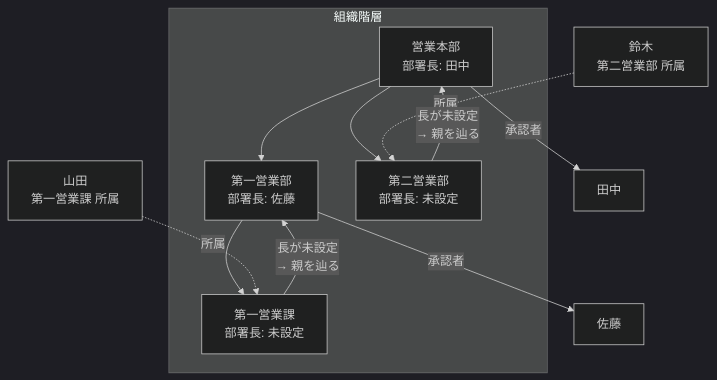
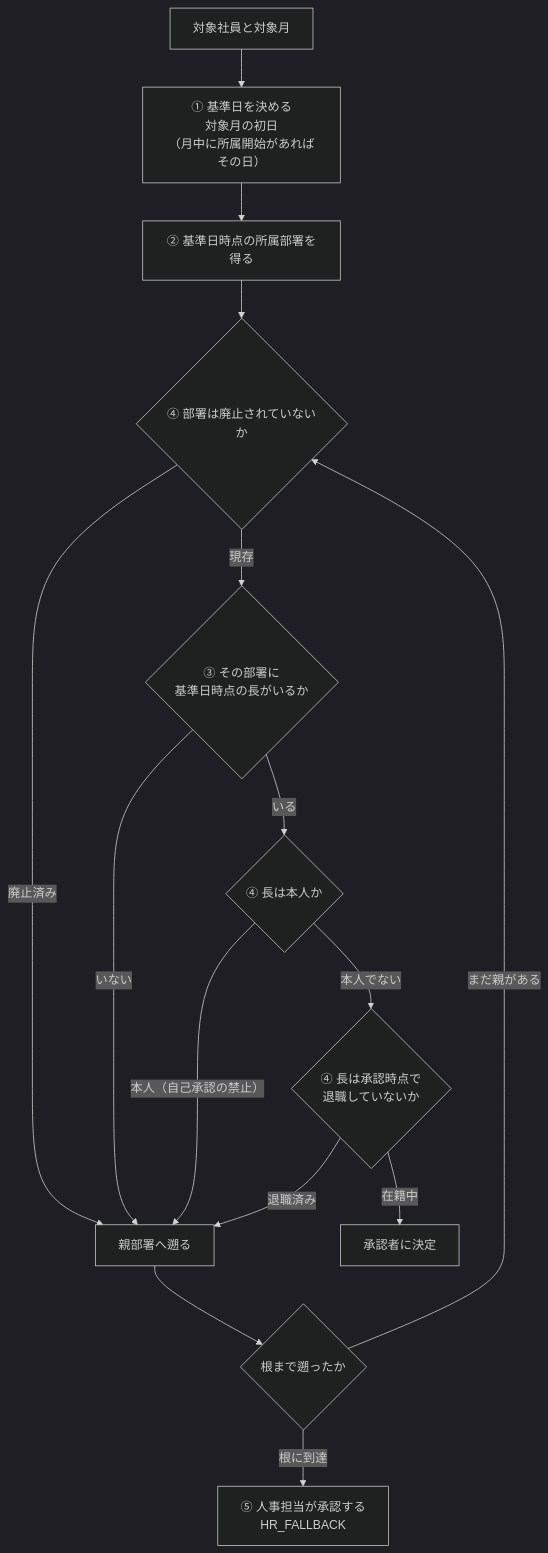
One commit to masaki-i02/newJavaProject changed the diagram in doc/02_詳細設計/01_社員・組織/diagrams/組織階層と承認者の導出.mmd. Above: the diagram before and after it, drawn with Mermaid (dark theme). The commit also changed 26 other files, not shown here.

```diff
--- a/doc/02_詳細設計/01_社員・組織/diagrams/組織階層と承認者の導出.mmd
+++ b/doc/02_詳細設計/01_社員・組織/diagrams/組織階層と承認者の導出.mmd
@@ -1,21 +1,25 @@
 flowchart TB
-    subgraph 組織["組織階層"]
-        HQ["営業本部<br/>部署長: 田中"]
-        S1["第一営業部<br/>部署長: 佐藤"]
-        S2["第二営業部<br/>部署長: 未設定"]
-        S1A["第一営業課<br/>部署長: 未設定"]
-        HQ --> S1
-        HQ --> S2
-        S1 --> S1A
-    end
+    S["対象社員と対象月"]
+    B["① 基準日を決める<br/>対象月の初日<br/>（月中に所属開始があればその日）"]
+    D["② 基準日時点の所属部署を得る"]
+    L{"③ その部署に<br/>基準日時点の長がいるか"}
+    C1{"④ 長は本人か"}
+    C2{"④ 長は承認時点で<br/>退職していないか"}
+    C3{"④ 部署は廃止されていないか"}
+    OK["承認者に決定"]
+    UP["親部署へ遡る"]
+    ROOT{"根まで遡ったか"}
+    HR["⑤ 人事担当が承認する<br/>HR_FALLBACK"]
 
-    E1["山田<br/>第一営業課 所属"]
-    E1 -. "所属" .-> S1A
-
-    S1A -- "長が未設定<br/>→ 親を辿る" --> S1
-    S1 -- "承認者" --> R["佐藤"]
-
-    E2["鈴木<br/>第二営業部 所属"]
-    E2 -. "所属" .-> S2
-    S2 -- "長が未設定<br/>→ 親を辿る" --> HQ
-    HQ -- "承認者" --> R2["田中"]
+    S --> B --> D --> C3
+    C3 -- "廃止済み" --> UP
+    C3 -- "現存" --> L
+    L -- "いない" --> UP
+    L -- "いる" --> C1
+    C1 -- "本人（自己承認の禁止）" --> UP
+    C1 -- "本人でない" --> C2
+    C2 -- "退職済み" --> UP
+    C2 -- "在籍中" --> OK
+    UP --> ROOT
+    ROOT -- "まだ親がある" --> C3
+    ROOT -- "根に到達" --> HR
```
